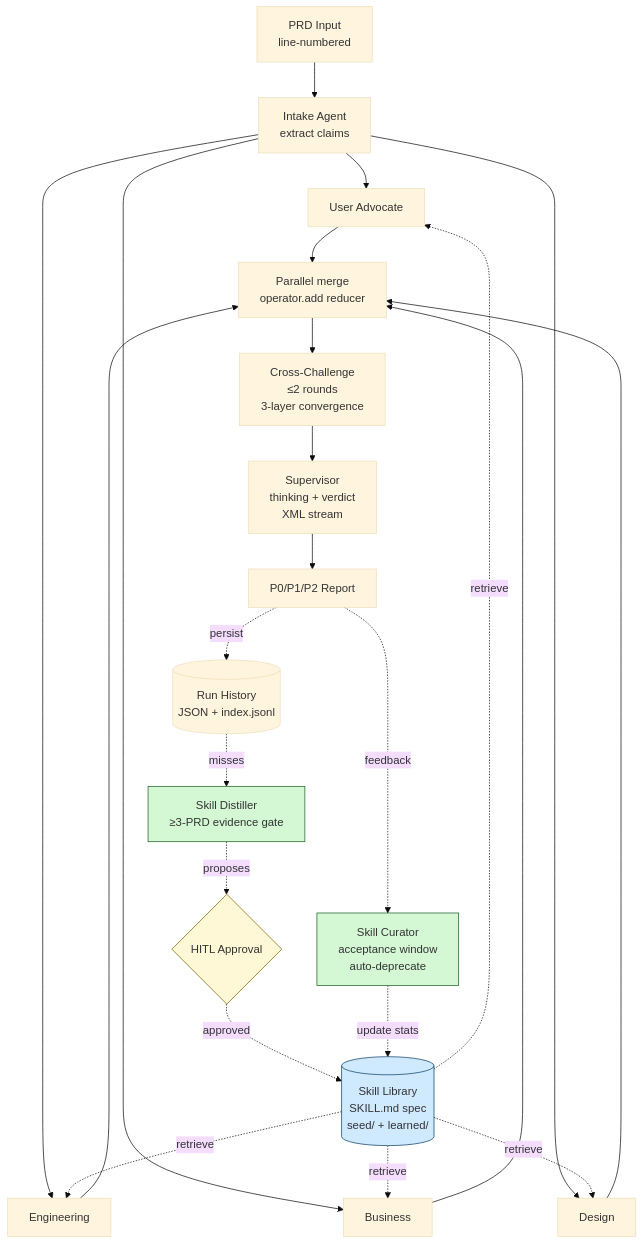
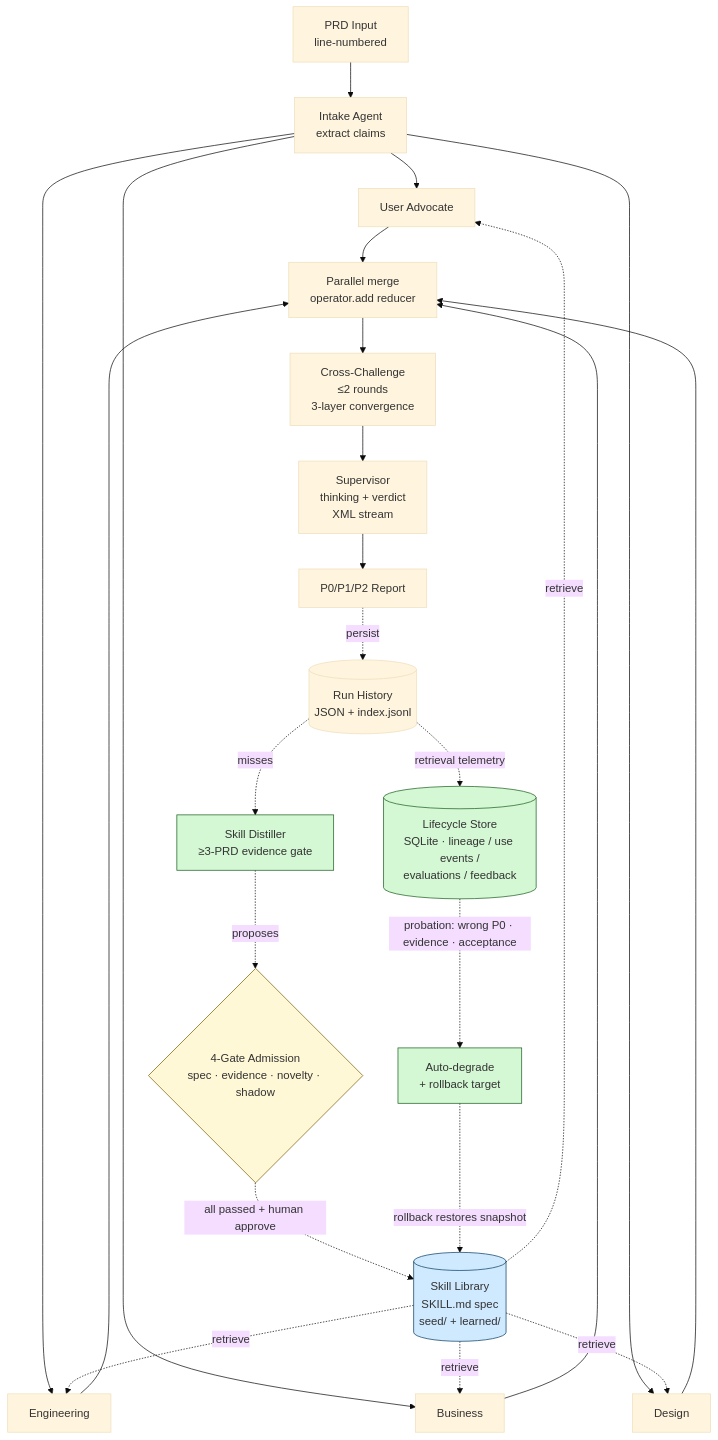
Before and after one commit to Uper56/PRD-Stress-Test-Agent: the diagram in README.md, drawn with Mermaid (base theme). The commit also changed other lines of this file and 1 other file, not shown here.

First line of the commit message:
docs: README refresh for the Skill Lifecycle Center; fix HF Space card (Docker SDK, app_port, lifecycle description)

````diff
--- a/README.md
+++ b/README.md
@@ -43,38 +52,39 @@
 ```mermaid
 graph TD
     PRD[PRD Input<br/>line-numbered] --> Intake[Intake Agent<br/>extract claims]
     Intake --> UA[User Advocate]
     Intake --> ENG[Engineering]
     Intake --> BIZ[Business]
     Intake --> DES[Design]
 
     SkillLib[(Skill Library<br/>SKILL.md spec<br/>seed/ + learned/)]
     SkillLib -.retrieve.-> UA
     SkillLib -.retrieve.-> ENG
     SkillLib -.retrieve.-> BIZ
     SkillLib -.retrieve.-> DES
 
     UA --> Merge[Parallel merge<br/>operator.add reducer]
     ENG --> Merge
     BIZ --> Merge
     DES --> Merge
 
     Merge --> CC[Cross-Challenge<br/>≤2 rounds<br/>3-layer convergence]
     CC --> SUP[Supervisor<br/>thinking + verdict<br/>XML stream]
     SUP --> Output[P0/P1/P2 Report]
 
     Output -.persist.-> History[(Run History<br/>JSON + index.jsonl)]
     History -.misses.-> Distiller[Skill Distiller<br/>≥3-PRD evidence gate]
-    Distiller -.proposes.-> Approval{HITL Approval}
-    Approval -.approved.-> SkillLib
+    Distiller -.proposes.-> Gates{4-Gate Admission<br/>spec · evidence · novelty · shadow}
+    Gates -.all passed + human approve.-> SkillLib
 
-    Output -.feedback.-> Curator[Skill Curator<br/>acceptance window<br/>auto-deprecate]
-    Curator -.update stats.-> SkillLib
+    History -.retrieval telemetry.-> LC[(Lifecycle Store<br/>SQLite · lineage / use events /<br/>evaluations / feedback)]
+    LC -.probation: wrong P0 · evidence · acceptance.-> Degrade[Auto-degrade<br/>+ rollback target]
+    Degrade -.rollback restores snapshot.-> SkillLib
 
     classDef seed fill:#cfe9ff,stroke:#0a3d62
     classDef learned fill:#d4f7d4,stroke:#1b5e20
     classDef human fill:#fff8d6,stroke:#7a5d00
     class SkillLib seed
-    class Distiller,Curator learned
-    class Approval human
+    class Distiller,Degrade,LC learned
+    class Gates human
 ```
````
